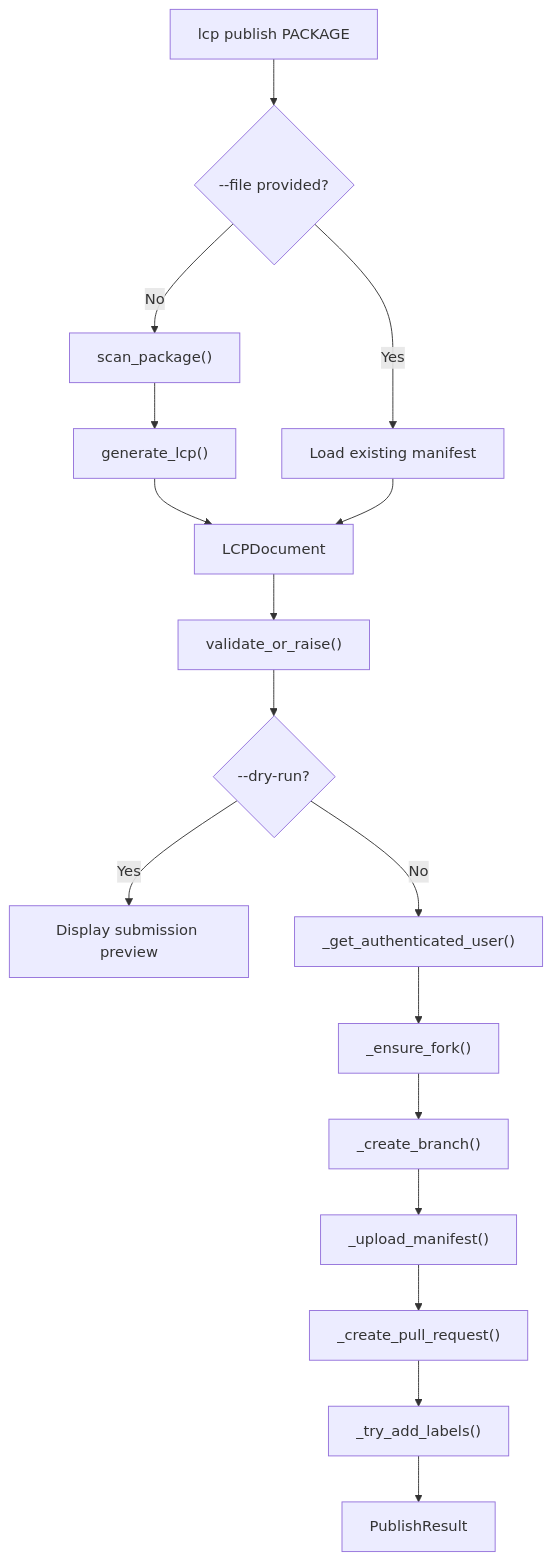
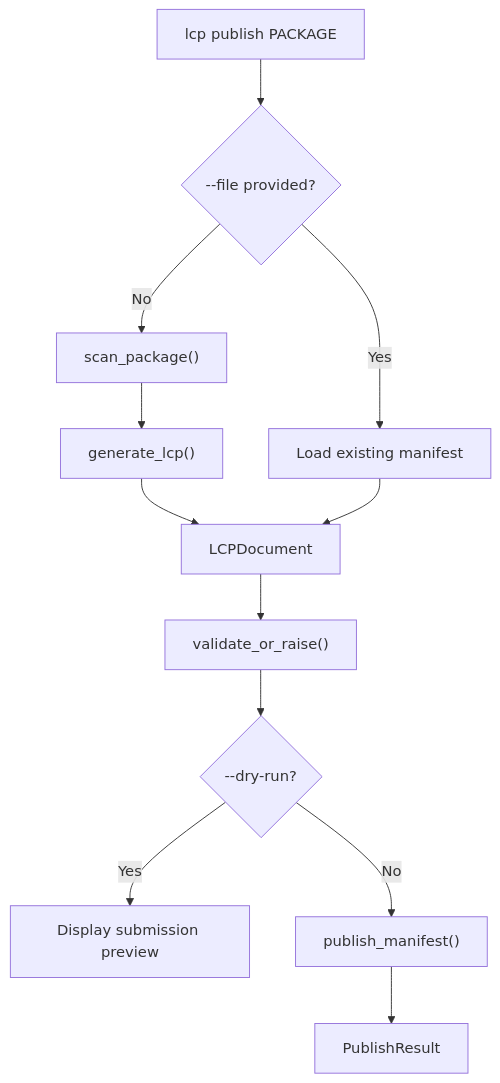
The diagram in docs/publish/index.md (zazza123/lcp), drawn with Mermaid before and after one commit. The commit also changed other lines of this file and 1 other file, not shown here.

First line of the commit message:
DOC: Rewrite publish docs using writing-documentation skill conventions

````diff
--- a/docs/publish/index.md
+++ b/docs/publish/index.md
@@ -29,19 +33,14 @@
 ```mermaid
 flowchart TD
     A["lcp publish PACKAGE"] --> B{"--file provided?"}
     B -- Yes --> C["Load existing manifest"]
     B -- No --> D["scan_package()"]
     D --> E["generate_lcp()"]
     E --> F["LCPDocument"]
     C --> F
     F --> G["validate_or_raise()"]
     G --> H{"--dry-run?"}
     H -- Yes --> I["Display submission preview"]
-    H -- No --> J["_get_authenticated_user()"]
-    J --> K["_ensure_fork()"]
-    K --> L["_create_branch()"]
-    L --> M["_upload_manifest()"]
-    M --> N["_create_pull_request()"]
-    N --> O["_try_add_labels()"]
-    O --> P["PublishResult"]
+    H -- No --> J["publish_manifest()"]
+    J --> K["PublishResult"]
 ```
````
